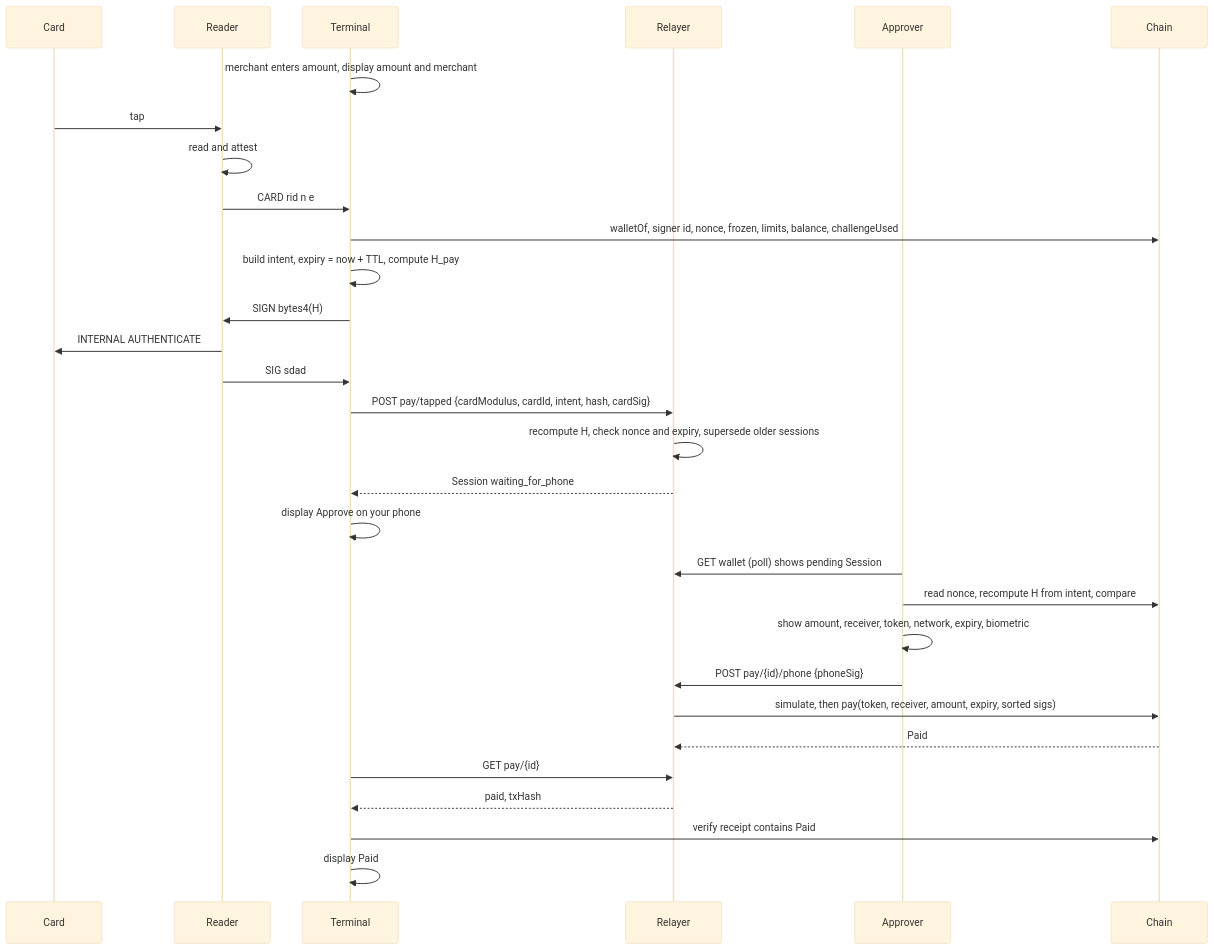
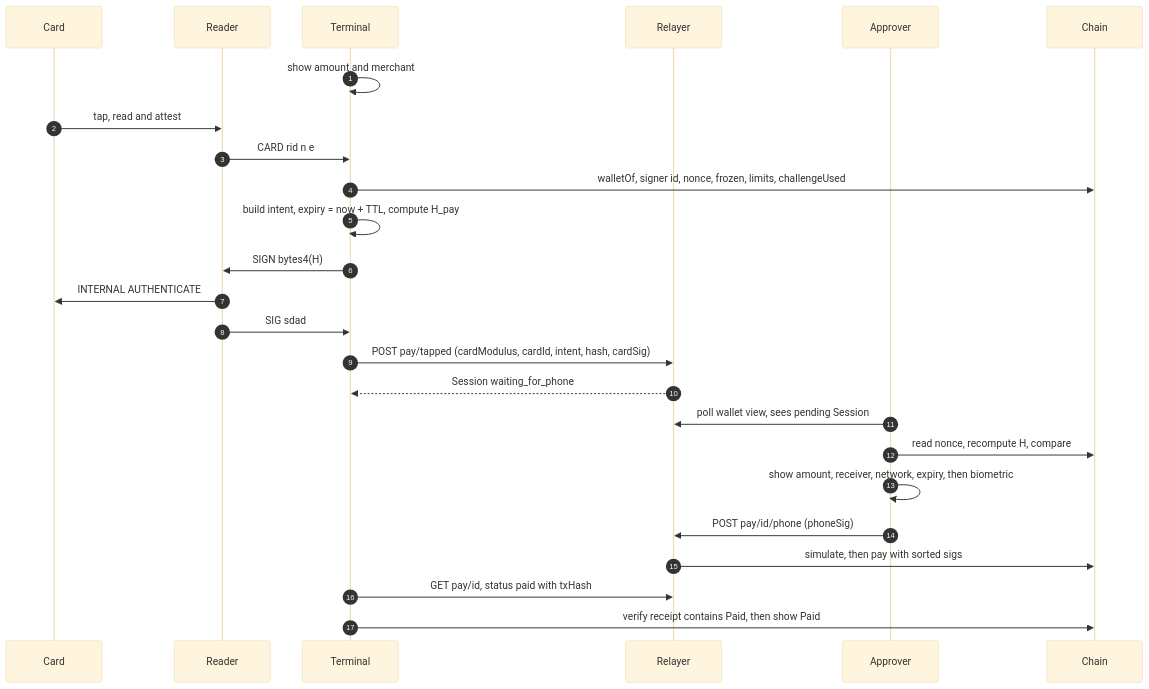
Before and after one commit to team-somehow/tap2eth: the ninth of 11 diagrams in docs/PROTOCOL.md, drawn with Mermaid (base theme). The commit also changed other lines of this file and 1 other file, not shown here.

First line of the commit message:
docs: shorten the white paper and spec, add reader-card diagrams

````diff
--- a/docs/PROTOCOL.md
+++ b/docs/PROTOCOL.md
@@ -1268,32 +1070,27 @@
 ```mermaid
 sequenceDiagram
+    autonumber
     participant Card
     participant R as Reader
     participant T as Terminal
     participant L as Relayer
     participant A as Approver
     participant W as Chain
-    T->>T: merchant enters amount, display amount and merchant
-    Card->>R: tap
-    R->>R: read and attest
+    T->>T: show amount and merchant
+    Card->>R: tap, read and attest
     R->>T: CARD rid n e
-    T->>W: walletOf, signer id, nonce, frozen, limits, balance, challengeUsed
+    T->>W: walletOf, signer id, nonce, frozen, limits, challengeUsed
     T->>T: build intent, expiry = now + TTL, compute H_pay
     T->>R: SIGN bytes4(H)
     R->>Card: INTERNAL AUTHENTICATE
     R->>T: SIG sdad
-    T->>L: POST pay/tapped {cardModulus, cardId, intent, hash, cardSig}
-    L->>L: recompute H, check nonce and expiry, supersede older sessions
+    T->>L: POST pay/tapped (cardModulus, cardId, intent, hash, cardSig)
     L-->>T: Session waiting_for_phone
-    T->>T: display Approve on your phone
-    A->>L: GET wallet (poll) shows pending Session
-    A->>W: read nonce, recompute H from intent, compare
-    A->>A: show amount, receiver, token, network, expiry, biometric
-    A->>L: POST pay/{id}/phone {phoneSig}
-    L->>W: simulate, then pay(token, receiver, amount, expiry, sorted sigs)
-    W-->>L: Paid
-    T->>L: GET pay/{id}
-    L-->>T: paid, txHash
-    T->>W: verify receipt contains Paid
-    T->>T: display Paid
+    A->>L: poll wallet view, sees pending Session
+    A->>W: read nonce, recompute H, compare
+    A->>A: show amount, receiver, network, expiry, then biometric
+    A->>L: POST pay/id/phone (phoneSig)
+    L->>W: simulate, then pay with sorted sigs
+    T->>L: GET pay/id, status paid with txHash
+    T->>W: verify receipt contains Paid, then show Paid
 ```
````
